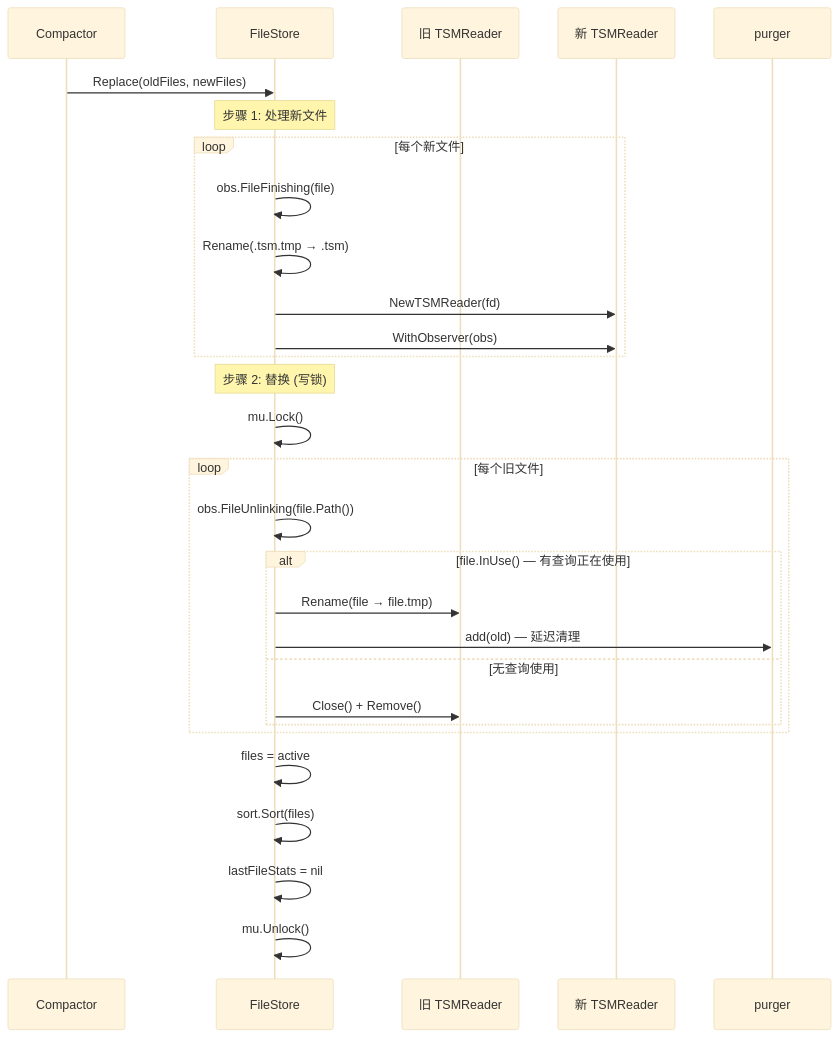
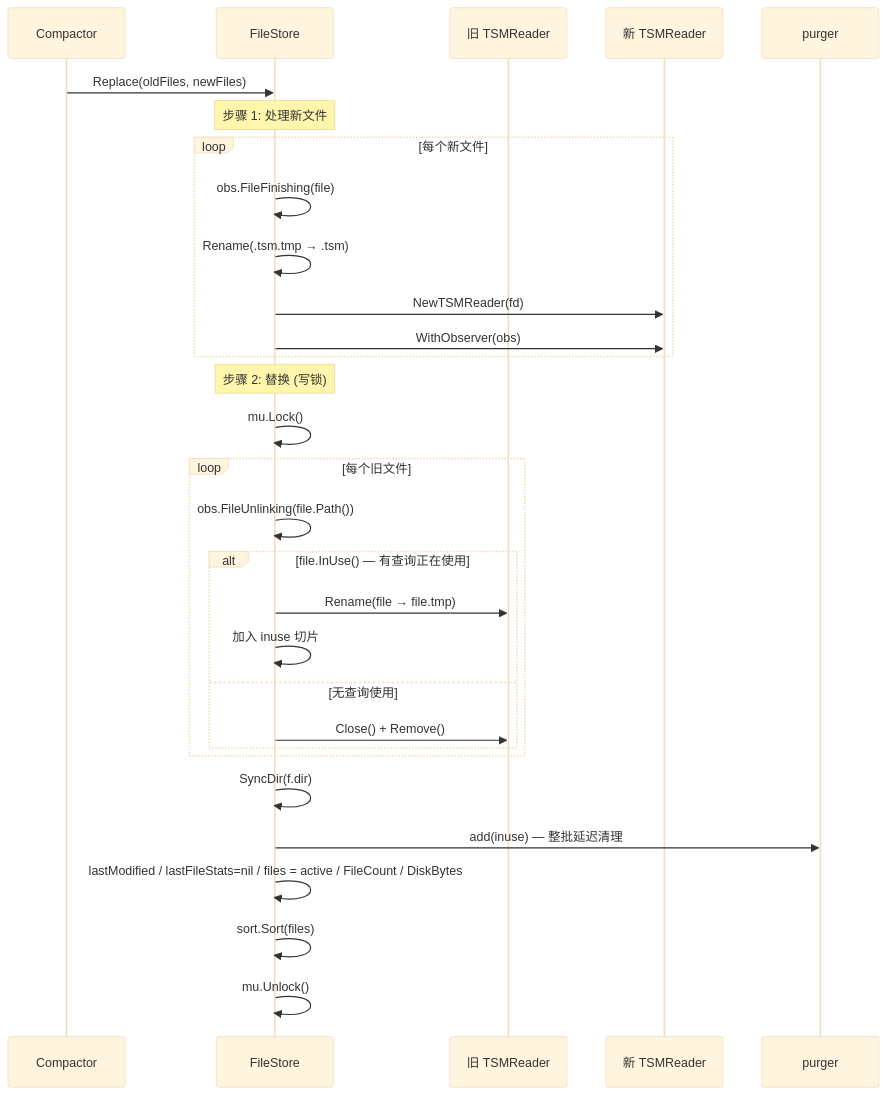
One commit to stefanv5/influxdb changed the fourth of 16 diagrams in docs/specs/16_filestore_keycursor_spec.md. Above: the diagram before and after it, drawn with Mermaid (base theme). The commit also changed other lines of this file and 18 other files, not shown here.

````diff
--- a/docs/specs/16_filestore_keycursor_spec.md
+++ b/docs/specs/16_filestore_keycursor_spec.md
@@ -425,36 +425,37 @@
 ```mermaid
 sequenceDiagram
     participant Comp as Compactor
     participant FS as FileStore
     participant Old as 旧 TSMReader
     participant New as 新 TSMReader
     participant Purger as purger
 
     Comp->>FS: Replace(oldFiles, newFiles)
 
     Note over FS: 步骤 1: 处理新文件
     loop 每个新文件
         FS->>FS: obs.FileFinishing(file)
         FS->>FS: Rename(.tsm.tmp → .tsm)
         FS->>New: NewTSMReader(fd)
         FS->>New: WithObserver(obs)
     end
 
     Note over FS: 步骤 2: 替换 (写锁)
     FS->>FS: mu.Lock()
 
     loop 每个旧文件
         FS->>FS: obs.FileUnlinking(file.Path())
         alt file.InUse() — 有查询正在使用
             FS->>Old: Rename(file → file.tmp)
-            FS->>Purger: add(old) — 延迟清理
+            FS->>FS: 加入 inuse 切片
         else 无查询使用
             FS->>Old: Close() + Remove()
         end
     end
 
-    FS->>FS: files = active
+    FS->>FS: SyncDir(f.dir)
+    FS->>Purger: add(inuse) — 整批延迟清理
+    FS->>FS: lastModified / lastFileStats=nil / files = active / FileCount / DiskBytes
     FS->>FS: sort.Sort(files)
-    FS->>FS: lastFileStats = nil
     FS->>FS: mu.Unlock()
 ```
````
